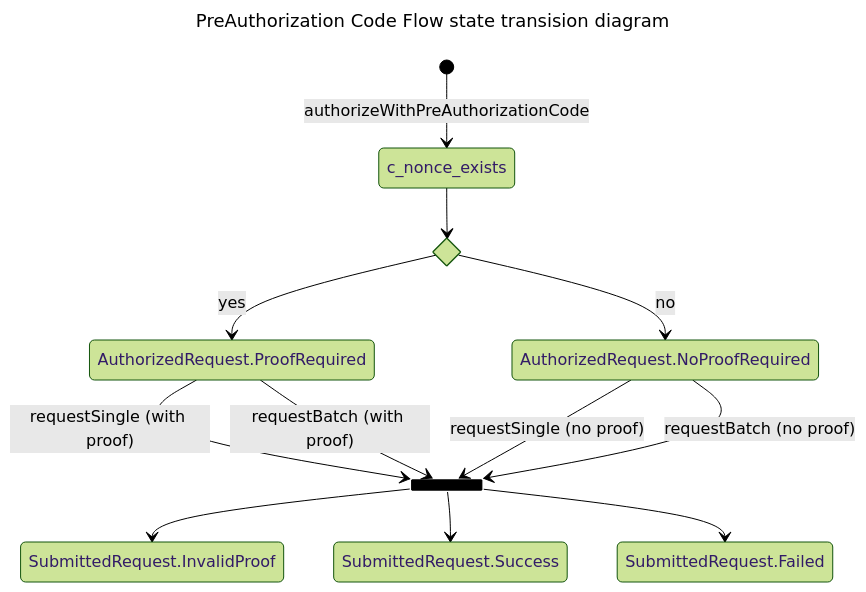
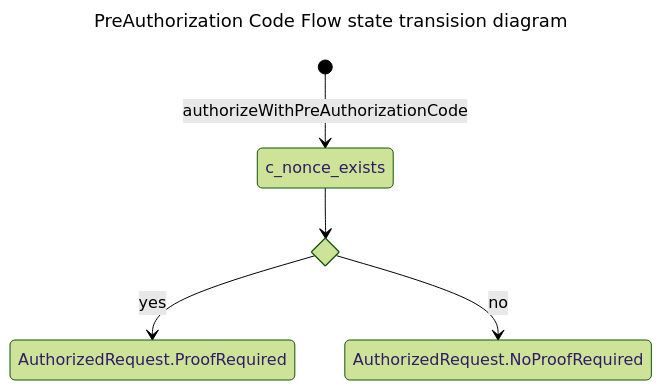
The second of 2 diagrams in README.md (eu-digital-identity-wallet/eudi-lib-jvm-openid4vci-kt), drawn with Mermaid (forest theme) before and after one commit. The commit also changed other lines of this file, not shown here.

````diff
--- a/README.md
+++ b/README.md
@@ -84,19 +262,11 @@
 ```mermaid 
 ---
 title: PreAuthorization Code Flow state transision diagram
 ---
-stateDiagram-v2    
+stateDiagram-v2
     state c_nonce_returned <<choice>>
-    state join_state <<join>>    
     [*] --> c_nonce_exists: authorizeWithPreAuthorizationCode
-    c_nonce_exists --> c_nonce_returned 
+    c_nonce_exists --> c_nonce_returned
     c_nonce_returned --> AuthorizedRequest.ProofRequired : yes
-    c_nonce_returned --> AuthorizedRequest.NoProofRequired : no     
-    AuthorizedRequest.ProofRequired --> join_state: requestSingle (with proof)
-    AuthorizedRequest.ProofRequired --> join_state: requestBatch (with proof)
-    AuthorizedRequest.NoProofRequired --> join_state: requestSingle (no proof)
-    AuthorizedRequest.NoProofRequired --> join_state: requestBatch (no proof)
-    join_state --> SubmittedRequest.InvalidProof 
-    join_state --> SubmittedRequest.Success
-    join_state --> SubmittedRequest.Failed    
+c_nonce_returned --> AuthorizedRequest.NoProofRequired : no
 ```
````
